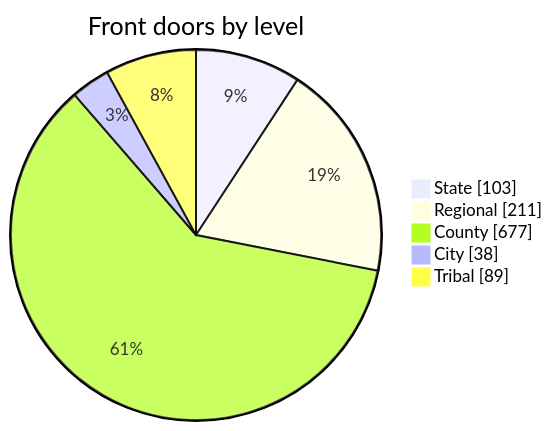
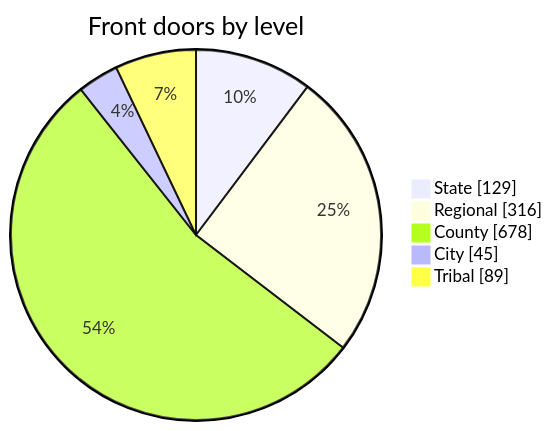
One commit to jamiegannaway/kinderform changed the second of 3 diagrams in docs/us-survey-plan.md. Above: the diagram before and after it, drawn with Mermaid. The commit also changed other lines of this file and 1 other file, not shown here.

````diff
--- a/docs/us-survey-plan.md
+++ b/docs/us-survey-plan.md
@@ -56,8 +56,8 @@
 ```mermaid
 pie showData title Front doors by level
-    "State" : 103
-    "Regional" : 211
-    "County" : 677
-    "City" : 38
+    "State" : 129
+    "Regional" : 316
+    "County" : 678
+    "City" : 45
     "Tribal" : 89
 ```
````
